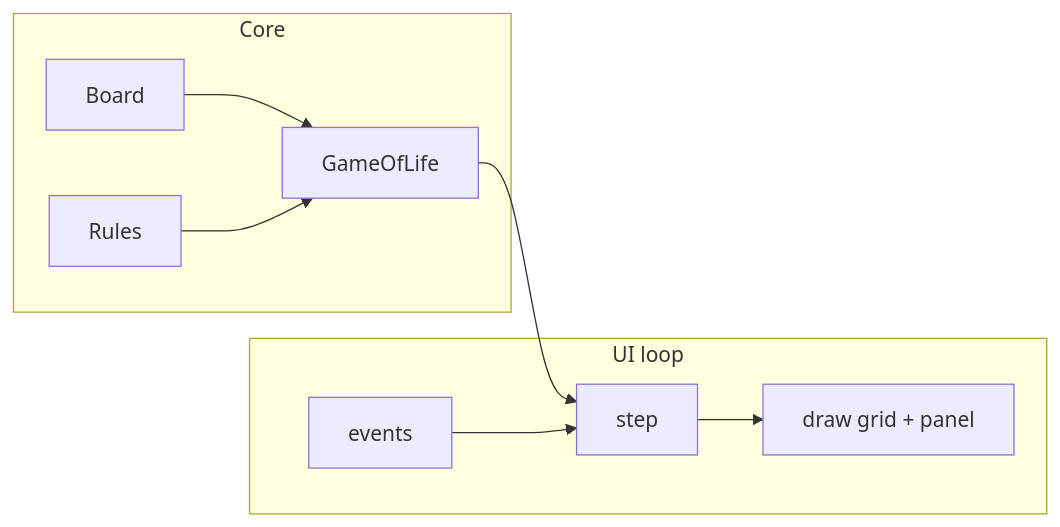
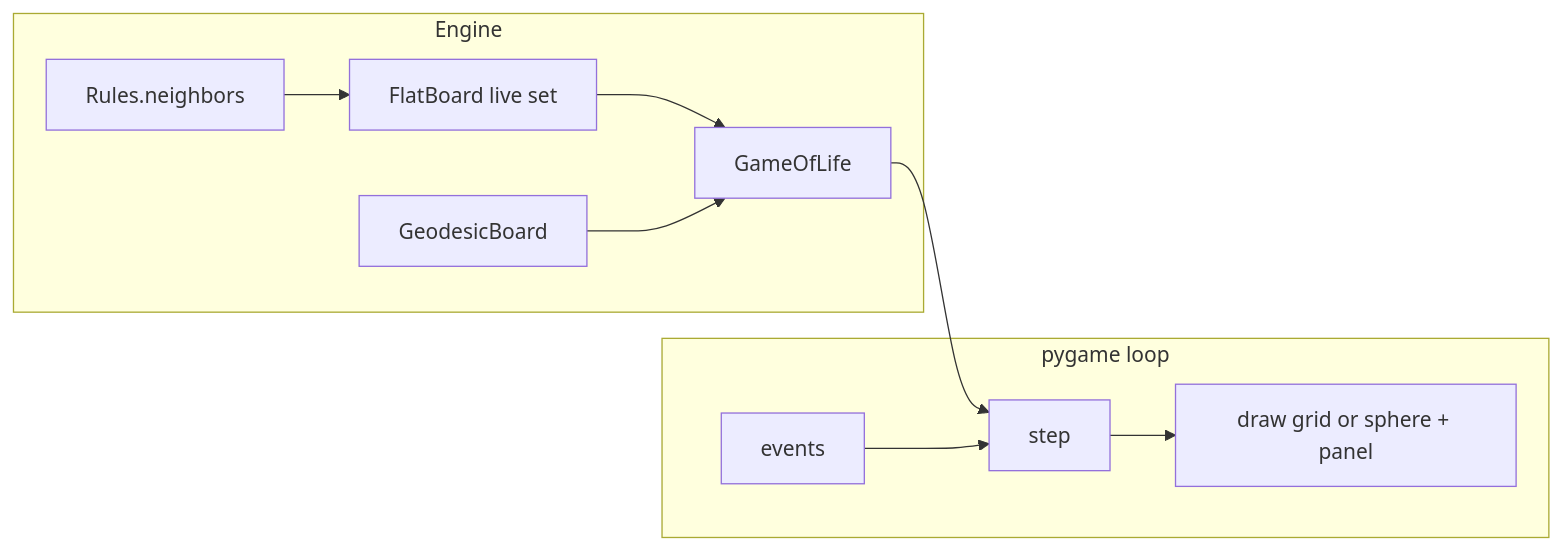
One commit to tasi-ts/GoL changed the diagram in README.md. Above: the diagram before and after it, drawn with Mermaid. The commit also changed other lines of this file and 19 other files, not shown here.

````diff
--- a/README.md
+++ b/README.md
@@ -84,18 +82,20 @@
 ```mermaid
 flowchart LR
-    subgraph core [Core]
-        B[Board]
-        R[Rules]
+    subgraph engine [Engine]
+        FB[FlatBoard live set]
+        GB[GeodesicBoard]
+        R[Rules.neighbors]
         G[GameOfLife]
     end
-    subgraph ui [UI loop]
+    subgraph ui [pygame loop]
         EV[events]
         ST[step]
-        DR[draw grid + panel]
+        DR[draw grid or sphere + panel]
     end
-    B --> G
-    R --> G
+    R --> FB
+    FB --> G
+    GB --> G
     G --> ST
     EV --> ST
     ST --> DR
 ```
````
